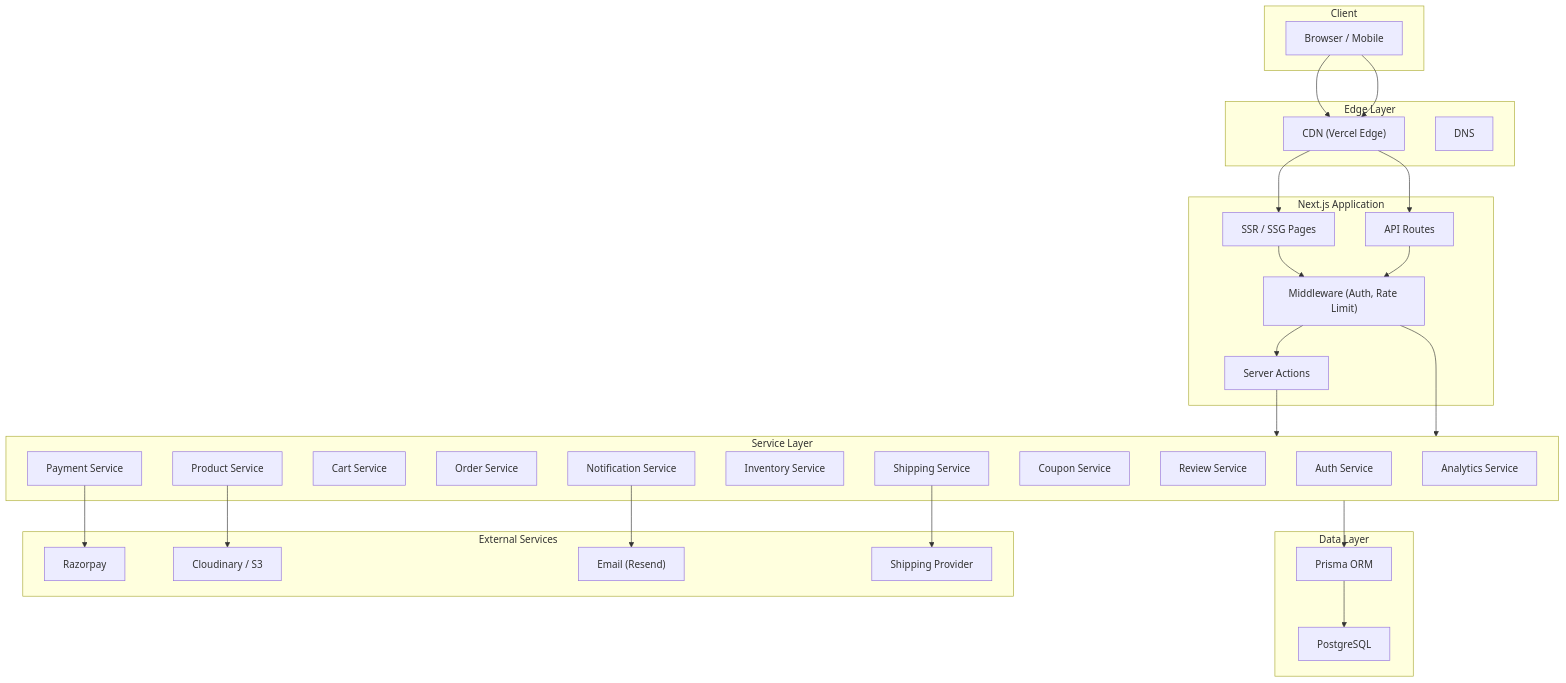
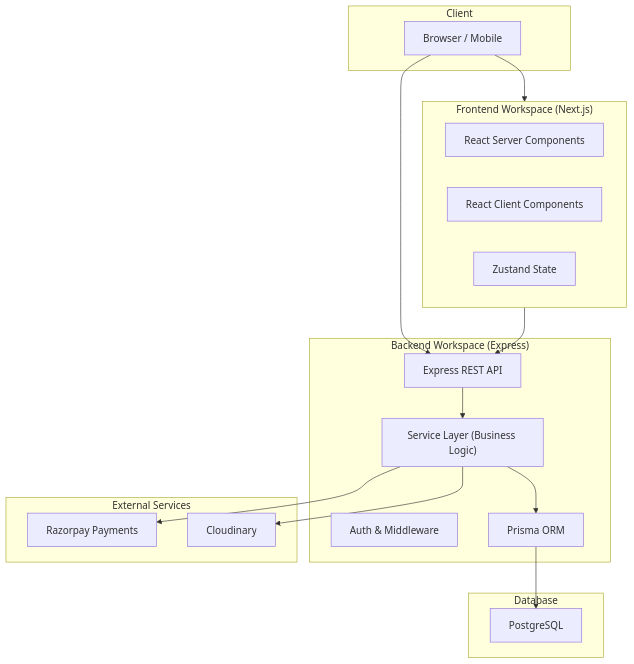
One commit to krishnakantp002/SAMVERA_Clothing_Brand_JS changed the first of 8 diagrams in docs/ARCHITECTURE.md. Above: the diagram before and after it, drawn with Mermaid. The commit also changed other lines of this file and 49 other files, not shown here.

Commit message:
feat: Migration to Next.js + Express workspaces, MySQL configuration, Phase 4 Auth, and Phase 6 Catalog complete

````diff
--- a/docs/ARCHITECTURE.md
+++ b/docs/ARCHITECTURE.md
@@ -13,54 +13,37 @@
 ```mermaid
 graph TB
     subgraph Client
         Browser["Browser / Mobile"]
     end
 
-    subgraph Edge["Edge Layer"]
-        CDN["CDN (Vercel Edge)"]
-        DNS["DNS"]
+    subgraph Frontend["Frontend Workspace (Next.js)"]
+        SSR["React Server Components"]
+        UI["React Client Components"]
+        Zustand["Zustand State"]
     end
 
-    subgraph App["Next.js Application"]
-        SSR["SSR / SSG Pages"]
-        API["API Routes"]
-        SA["Server Actions"]
-        MW["Middleware (Auth, Rate Limit)"]
+    subgraph Backend["Backend Workspace (Express)"]
+        API["Express REST API"]
+        Services["Service Layer (Business Logic)"]
+        AuthSvc["Auth & Middleware"]
+        Prisma["Prisma ORM"]
     end
 
-    subgraph Services["Service Layer"]
-        AuthSvc["Auth Service"]
-        ProductSvc["Product Service"]
-        CartSvc["Cart Service"]
-        OrderSvc["Order Service"]
-        PaymentSvc["Payment Service"]
-        InventorySvc["Inventory Service"]
-        ShippingSvc["Shipping Service"]
-        CouponSvc["Coupon Service"]
-        ReviewSvc["Review Service"]
-        NotifSvc["Notification Service"]
-        AnalyticsSvc["Analytics Service"]
-    end
-
-    subgraph Data["Data Layer"]
-        Prisma["Prisma ORM"]
+    subgraph Database
         PG["PostgreSQL"]
     end
 
     subgraph External["External Services"]
-        Razorpay["Razorpay"]
-        CloudStorage["Cloudinary / S3"]
-        EmailSvc["Email (Resend)"]
-        ShipProvider["Shipping Provider"]
+        Razorpay["Razorpay Payments"]
+        CloudStorage["Cloudinary"]
     end
 
-    Browser --> CDN --> SSR
-    Browser --> CDN --> API
-    SSR --> MW --> SA --> Services
-    API --> MW --> Services
-    Services --> Prisma --> PG
-    PaymentSvc --> Razorpay
-    ProductSvc --> CloudStorage
-    NotifSvc --> EmailSvc
-    ShippingSvc --> ShipProvider
+    Browser --> Frontend
+    Frontend --> API
+    Browser --> API
+    API --> Services
+    Services --> Prisma
+    Prisma --> PG
+    Services --> Razorpay
+    Services --> CloudStorage
 ```
````
